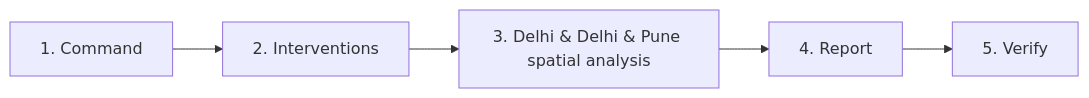
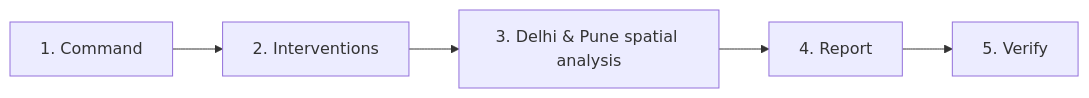
The first of 5 diagrams in README.md (ashoka0402/final_year_project), drawn with Mermaid before and after one commit. The commit also changed other lines of this file, not shown here.

````diff
--- a/README.md
+++ b/README.md
@@ -161,4 +161,4 @@
 ```mermaid
 flowchart LR
-    C["1. Command"] --> I["2. Interventions"] --> R["3. Delhi & Delhi & Pune spatial analysis"] --> P["4. Report"] --> V["5. Verify"]
+    C["1. Command"] --> I["2. Interventions"] --> R["3. Delhi & Pune spatial analysis"] --> P["4. Report"] --> V["5. Verify"]
 ```
````
